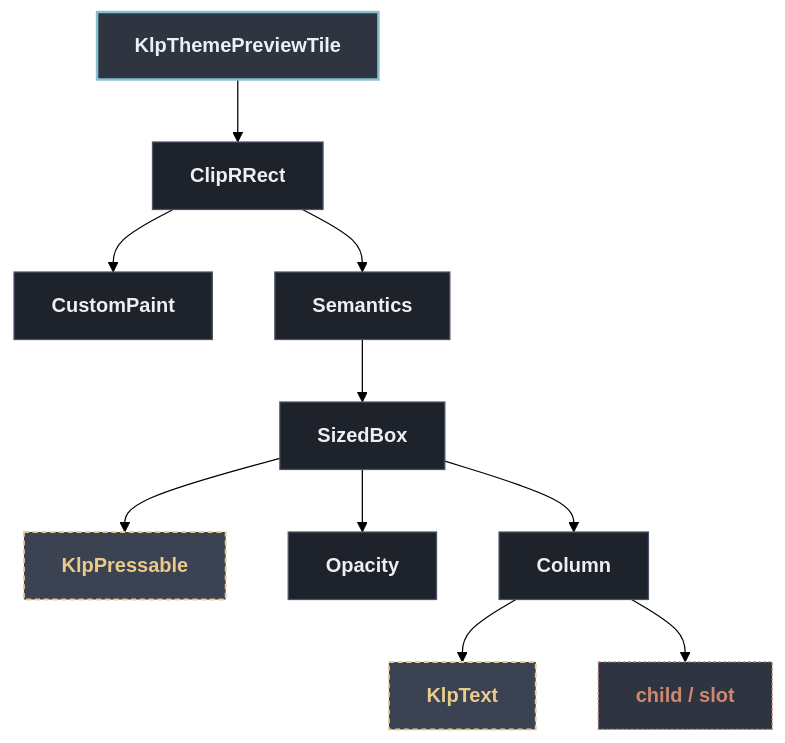
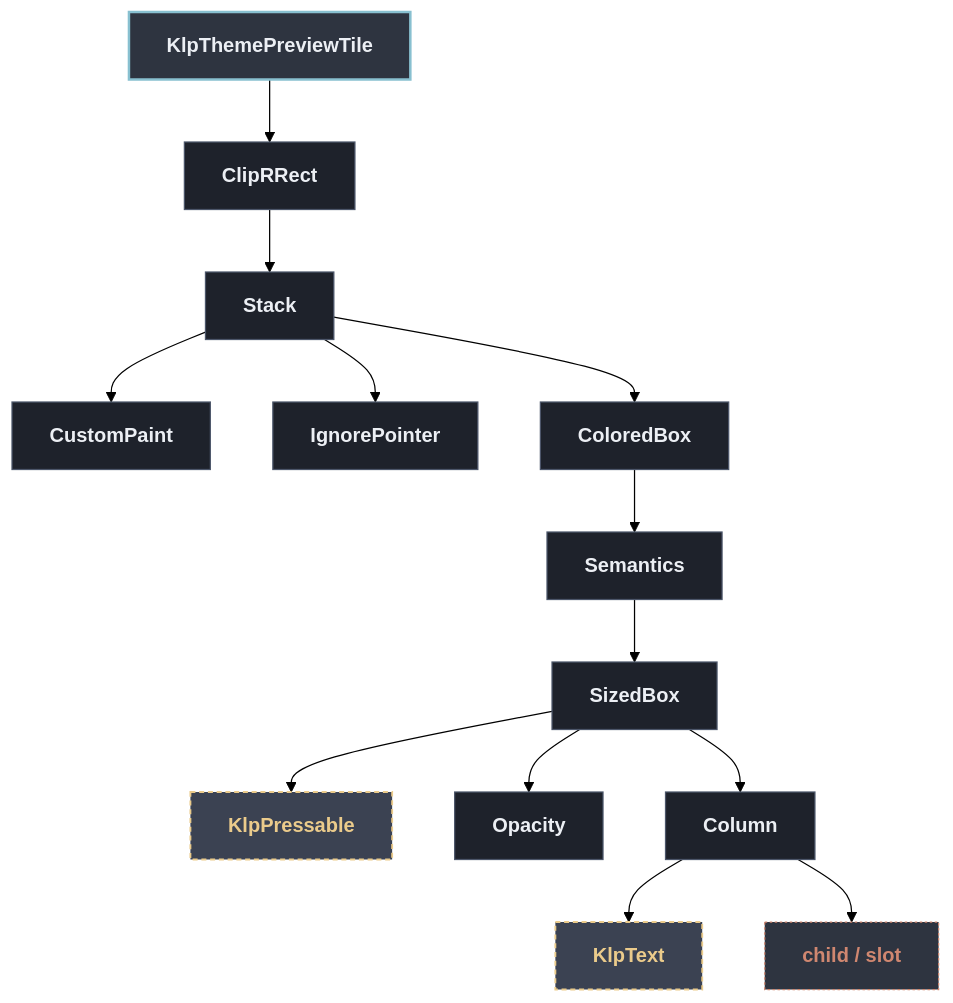
One commit to MiuDog/Kallopis changed the diagram in docs/architecture/components/shell/klp_theme_preview_tile.md. Above: the diagram before and after it, drawn with Mermaid (forest theme). The commit also changed other lines of this file and 1105 other files, not shown here.

Commit message:
refactor: establish semantic design architecture

````diff
--- a/docs/architecture/components/shell/klp_theme_preview_tile.md
+++ b/docs/architecture/components/shell/klp_theme_preview_tile.md
@@ -13,28 +13,34 @@
 ```mermaid
 flowchart TD
   classDef default fill:#1E222B,stroke:#4C566A,stroke-width:1px,color:#ECEFF4;
   classDef root fill:#2E3440,stroke:#88C0D0,stroke-width:2px,color:#ECEFF4,font-weight:bold;
   classDef reference fill:#3B4252,stroke:#EBCB8B,stroke-width:1.5px,stroke-dasharray: 4 3,color:#EBCB8B;
   classDef container fill:#2E3440,stroke:#A3BE8C,stroke-width:1.5px,color:#A3BE8C;
   classDef slot fill:#2E3440,stroke:#D08770,stroke-width:1px,stroke-dasharray: 2 2,color:#D08770;
 
   root["KlpThemePreviewTile"]:::root
   n1["ClipRRect"]
   root --> n1
-  n2["CustomPaint"]
+  n2["Stack"]
   n1 --> n2
-  n3["Semantics"]
-  n1 --> n3
-  n4["SizedBox"]
-  n3 --> n4
-  n5["KlpPressable"]:::reference
-  n4 --> n5
-  n6["Opacity"]
-  n4 --> n6
-  n7["Column"]
-  n4 --> n7
-  n8["KlpText"]:::reference
+  n3["CustomPaint"]
+  n2 --> n3
+  n4["IgnorePointer"]
+  n2 --> n4
+  n5["ColoredBox"]
+  n2 --> n5
+  n6["Semantics"]
+  n5 --> n6
+  n7["SizedBox"]
+  n6 --> n7
+  n8["KlpPressable"]:::reference
   n7 --> n8
-  n9["child / slot"]:::slot
+  n9["Opacity"]
   n7 --> n9
+  n10["Column"]
+  n7 --> n10
+  n11["KlpText"]:::reference
+  n10 --> n11
+  n12["child / slot"]:::slot
+  n10 --> n12
 ```
````
